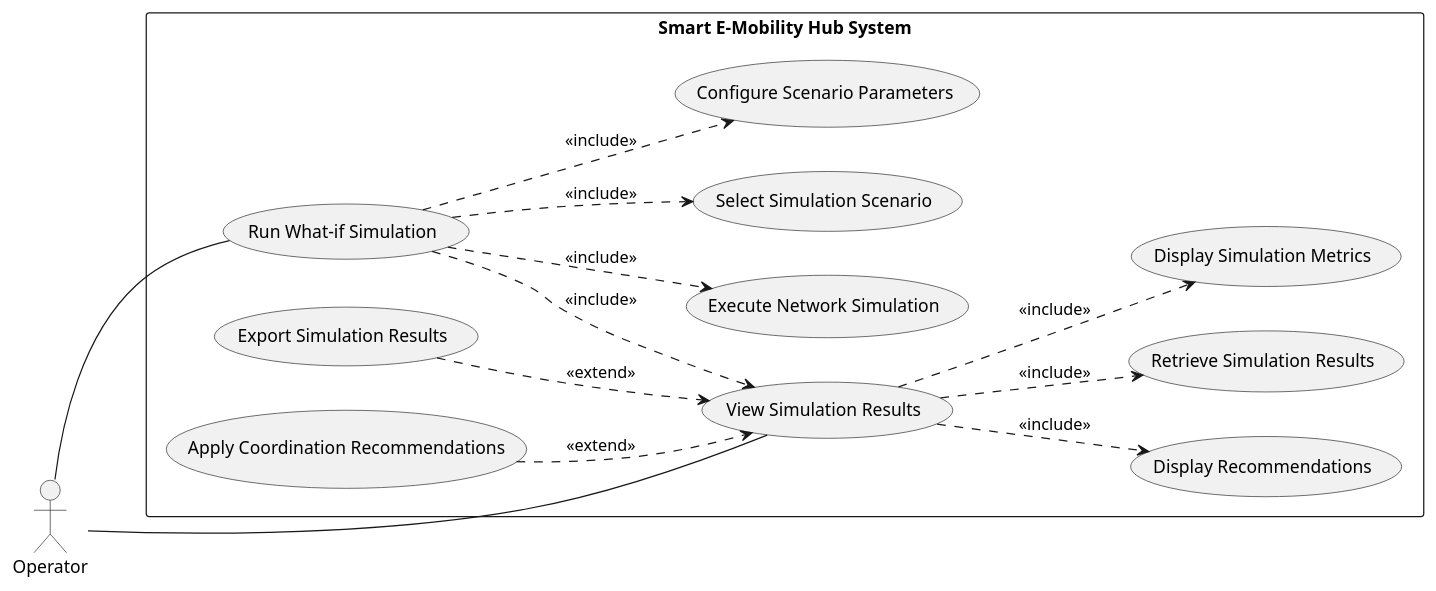
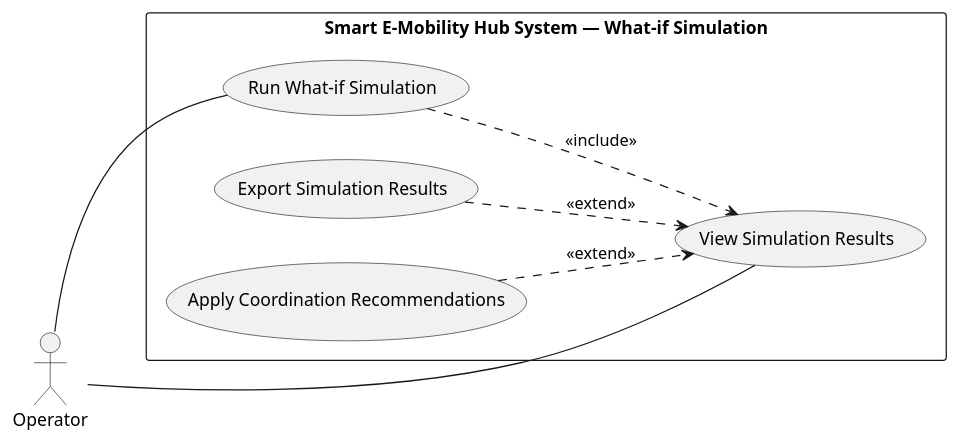
One commit to YdtTran/software-engineerning changed diagram 13 of 14 in docs/diagrams/01_Usecase_Diagram/README.md. Above: the diagram before and after it, drawn with PlantUML. The commit also changed other lines of this file and 72 other files, not shown here.

Commit message:
docs: publish updated Draw.io workflow and overview diagrams

````diff
--- a/docs/diagrams/01_Usecase_Diagram/README.md
+++ b/docs/diagrams/01_Usecase_Diagram/README.md
@@ -384,29 +431,17 @@
 ```plantuml
 @startuml
 left to right direction
-actor Operator
-rectangle "Smart E-Mobility Hub System" {
-  usecase "Run What-if Simulation" as Run
-  usecase "Select Simulation Scenario" as Select
-  usecase "Configure Scenario Parameters" as Configure
-  usecase "Execute Network Simulation" as Execute
-  usecase "View Simulation Results" as View
-  usecase "Display Recommendations" as Recommendations
-  usecase "Retrieve Simulation Results" as Retrieve
-  usecase "Display Simulation Metrics" as Metrics
-  usecase "Export Simulation Results" as Export
-  usecase "Apply Coordination Recommendations" as Apply
+actor "Operator" as actor_operator
+rectangle "Smart E-Mobility Hub System — What-if Simulation" {
+  usecase "Run What-if Simulation" as uc_UC13
+  usecase "View Simulation Results" as uc_UC14
+  usecase "Export Simulation Results" as uc_UC14_uc_ext1
+  usecase "Apply Coordination Recommendations" as uc_UC14_uc_apply
 }
-Operator -- Run
-Operator -- View
-Run ..> Select : <<include>>
-Run ..> Configure : <<include>>
-Run ..> Execute : <<include>>
-Run ..> View : <<include>>
-View ..> Recommendations : <<include>>
-View ..> Retrieve : <<include>>
-View ..> Metrics : <<include>>
-Export ..> View : <<extend>>
-Apply ..> View : <<extend>>
+actor_operator -- uc_UC13
+actor_operator -- uc_UC14
+uc_UC14_uc_ext1 ..> uc_UC14 : <<extend>>
+uc_UC14_uc_apply ..> uc_UC14 : <<extend>>
+uc_UC13 ..> uc_UC14 : <<include>>
 @enduml
 ```
````
